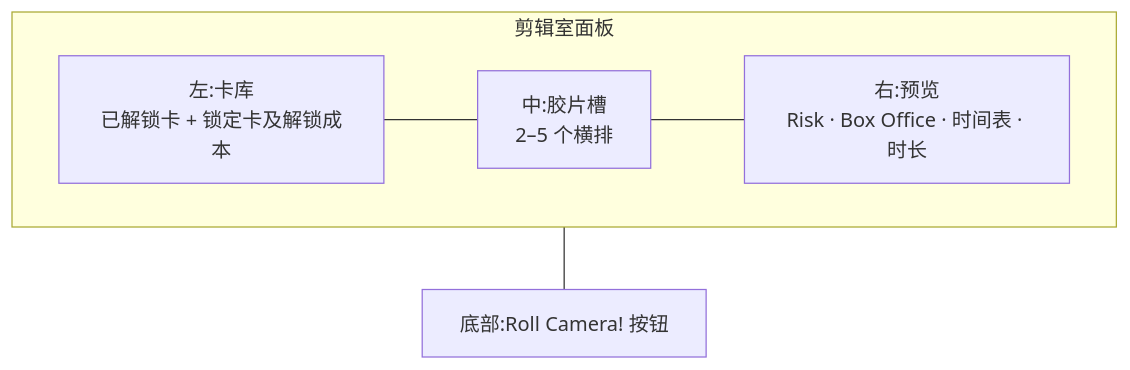
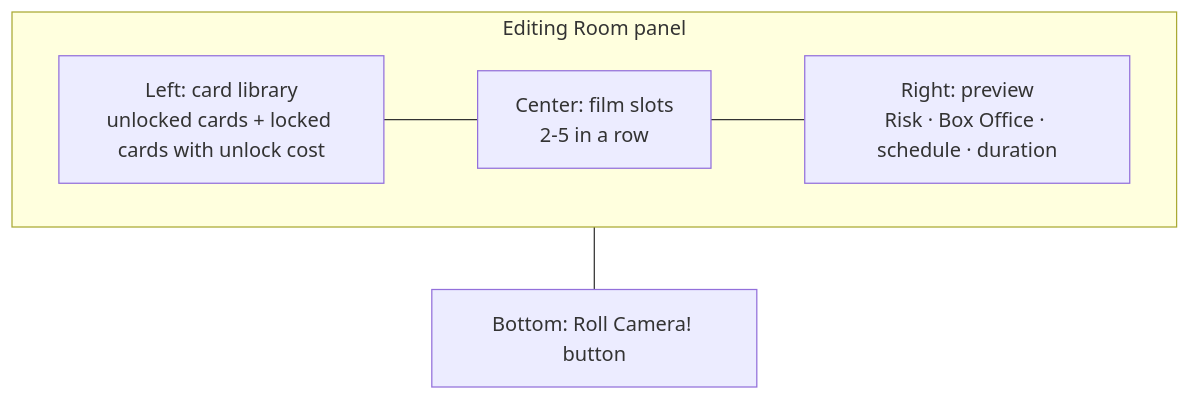
One commit to Huangyu-Shen/2026-epic-gamejam changed the second of 2 diagrams in design/gdd/ui-hud.md. Above: the diagram before and after it, drawn with Mermaid. The commit also changed other lines of this file and 33 other files, not shown here.

````diff
--- a/design/gdd/ui-hud.md
+++ b/design/gdd/ui-hud.md
@@ -116,7 +116,7 @@
 ```mermaid
 flowchart TB
-  subgraph EDIT[剪辑室面板]
-    LIB[左:卡库<br/>已解锁卡 + 锁定卡及解锁成本] --- SLOTS[中:胶片槽<br/>2–5 个横排] --- PREV[右:预览<br/>Risk · Box Office · 时间表 · 时长]
+  subgraph EDIT[Editing Room panel]
+    LIB[Left: card library<br/>unlocked cards + locked cards with unlock cost] --- SLOTS[Center: film slots<br/>2-5 in a row] --- PREV[Right: preview<br/>Risk · Box Office · schedule · duration]
   end
-  EDIT --- GO[底部:Roll Camera! 按钮]
+  EDIT --- GO[Bottom: Roll Camera! button]
 ```
````
